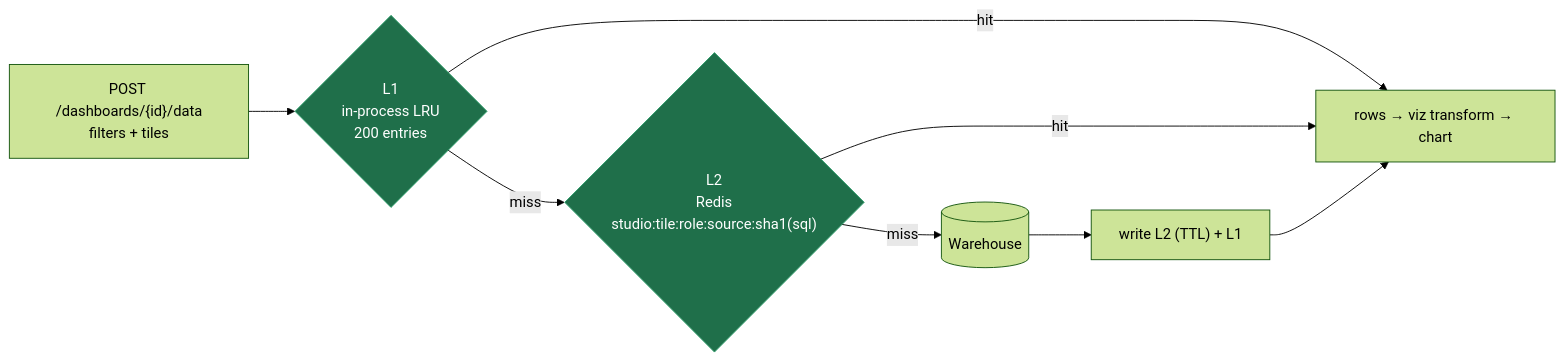
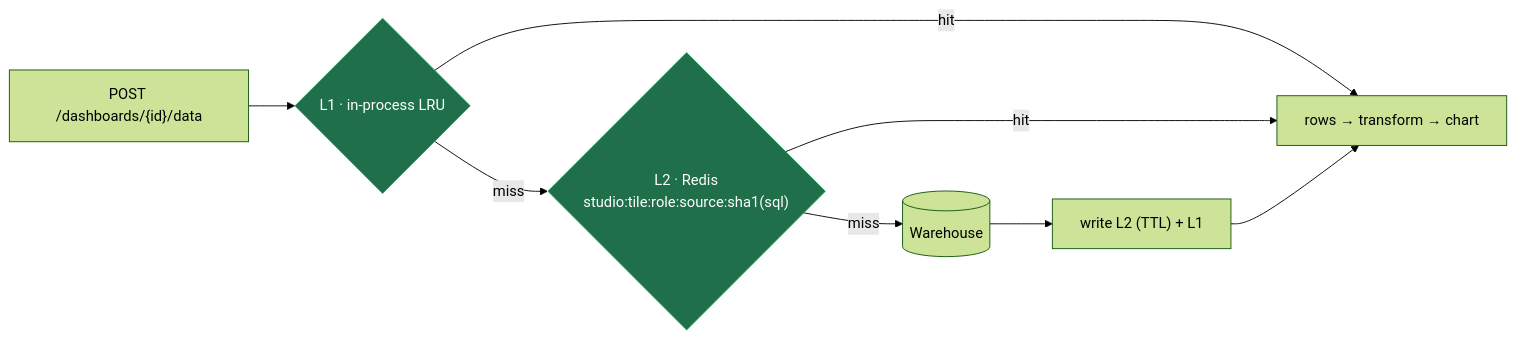
Before and after one commit to rohitkarumanchi745/studio: the eighth of 9 diagrams in README.md, drawn with Mermaid (forest theme). The commit also changed other lines of this file, not shown here.

First line of the commit message:
README: full-platform rewrite — architecture diagram + tradeoffs/rationale

````diff
--- a/README.md
+++ b/README.md
@@ -176,12 +384,11 @@
 ```mermaid
 flowchart LR
-    req["POST /dashboards/{id}/data<br/>filters + tiles"] --> l1{"L1<br/>in-process LRU<br/>200 entries"}
-    l1 -->|hit| out["rows → viz transform → chart"]
-    l1 -->|miss| l2{"L2<br/>Redis<br/>studio:tile:role:source:sha1(sql)"}
+    req["POST /dashboards/{id}/data"] --> l1{"L1 · in-process LRU"}
+    l1 -->|hit| out["rows → transform → chart"]
+    l1 -->|miss| l2{"L2 · Redis<br/>studio:tile:role:source:sha1(sql)"}
     l2 -->|hit| out
     l2 -->|miss| wh[("Warehouse")]
-    wh --> store["write L2 (TTL) + L1"] --> out
-
+    wh --> w["write L2 (TTL) + L1"] --> out
     classDef c fill:#1f6f4a,stroke:#2e9e6b,color:#fff
     class l1,l2 c
 ```
````
